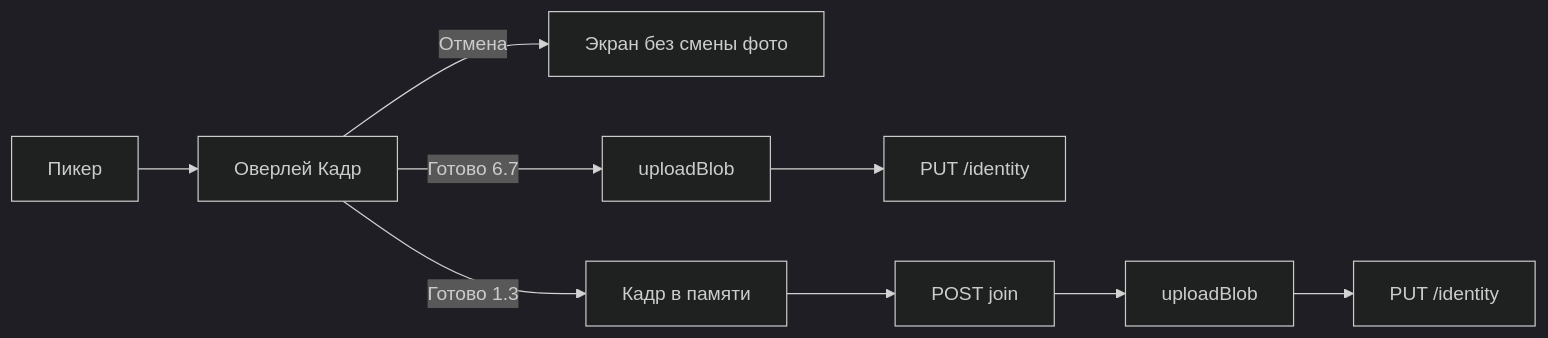
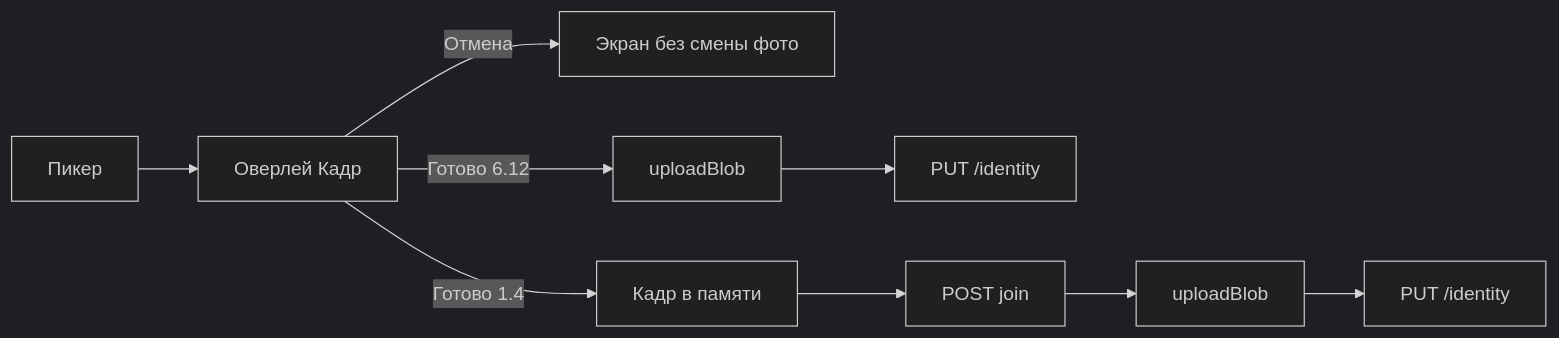
Before and after one commit to mixeme/wynd: the diagram in docs/reference/client-reference.md, drawn with Mermaid (dark theme). The commit also changed other lines of this file and 224 other files, not shown here.

````diff
--- a/docs/reference/client-reference.md
+++ b/docs/reference/client-reference.md
@@ -107,11 +107,11 @@
 ```mermaid
 flowchart LR
   pick[Пикер] --> crop[Оверлей Кадр]
   crop -->|Отмена| stay[Экран без смены фото]
-  crop -->|Готово 6.7| up1[uploadBlob]
+  crop -->|Готово 6.12| up1[uploadBlob]
   up1 --> put1["PUT /identity"]
-  crop -->|Готово 1.3| mem[Кадр в памяти]
+  crop -->|Готово 1.4| mem[Кадр в памяти]
   mem --> join["POST join"]
   join --> up2[uploadBlob]
   up2 --> put2["PUT /identity"]
 ```
````
